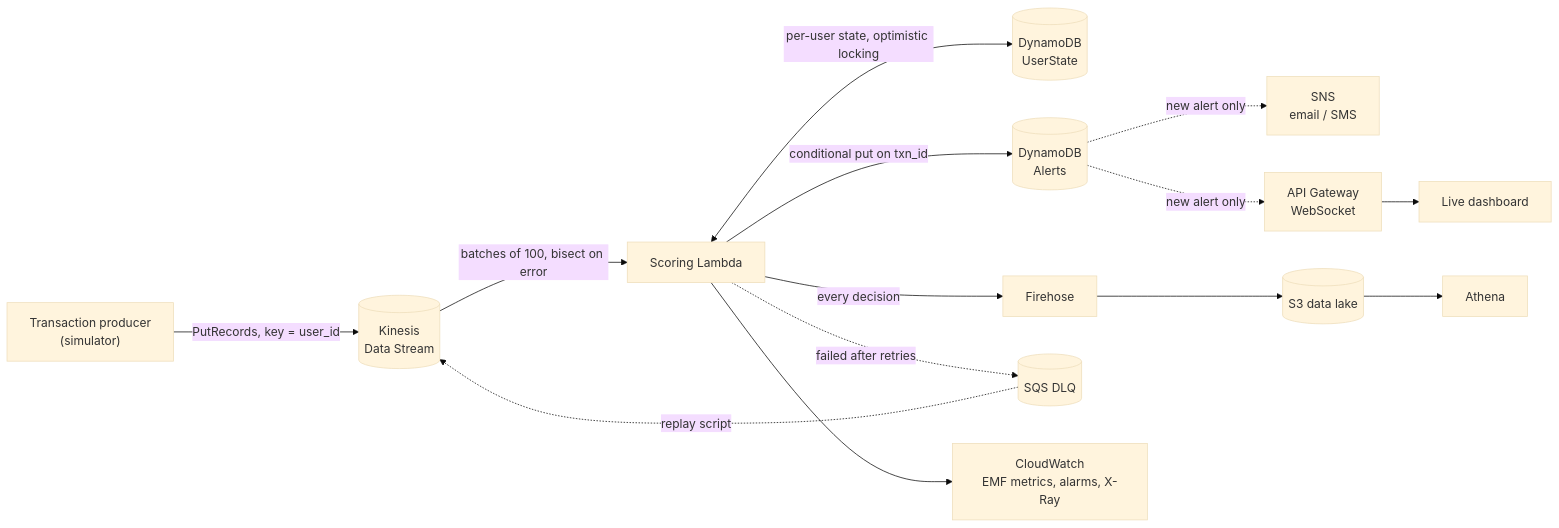
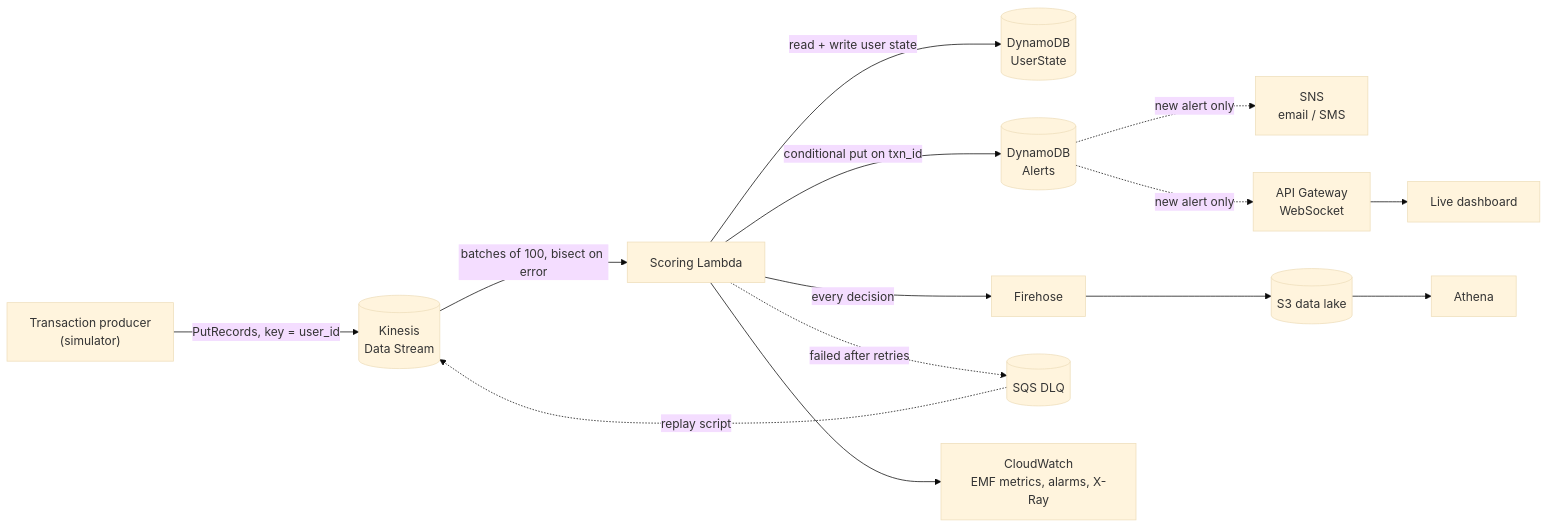
The diagram in README.md (akhilsripada/fraud-detection-pipeline), drawn with Mermaid (base theme) before and after one commit.

Commit message:
Simplify state arrow in architecture diagram

````diff
--- a/README.md
+++ b/README.md
@@ -19,14 +19,14 @@
 ```mermaid
 flowchart LR
     P["Transaction producer<br/>(simulator)"] -->|"PutRecords, key = user_id"| K[("Kinesis<br/>Data Stream")]
     K -->|"batches of 100, bisect on error"| L["Scoring Lambda"]
-    L <-->|"per-user state, optimistic locking"| S[("DynamoDB<br/>UserState")]
+    L -->|"read + write user state"| S[("DynamoDB<br/>UserState")]
     L -->|"conditional put on txn_id"| A[("DynamoDB<br/>Alerts")]
     A -.->|"new alert only"| N["SNS<br/>email / SMS"]
     A -.->|"new alert only"| W["API Gateway<br/>WebSocket"]
     W --> D["Live dashboard"]
     L -->|"every decision"| F["Firehose"] --> B[("S3 data lake")] --> Q["Athena"]
     L -.->|"failed after retries"| DLQ[("SQS DLQ")]
     DLQ -.->|"replay script"| K
     L --> CW["CloudWatch<br/>EMF metrics, alarms, X-Ray"]
 ```
````
